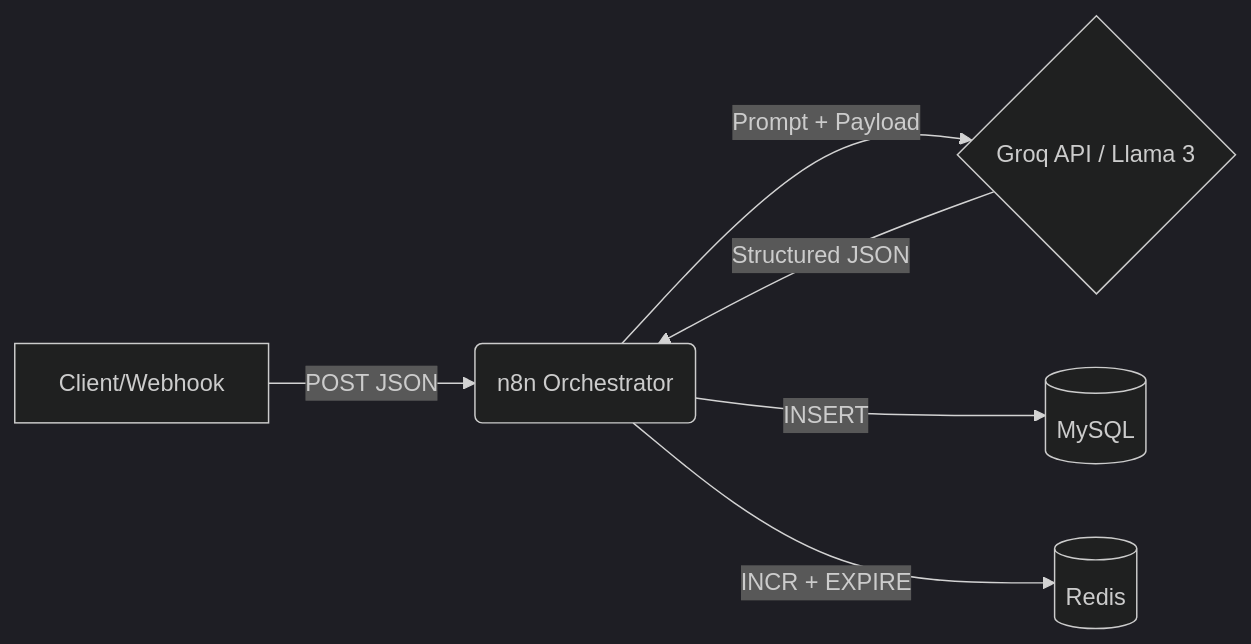
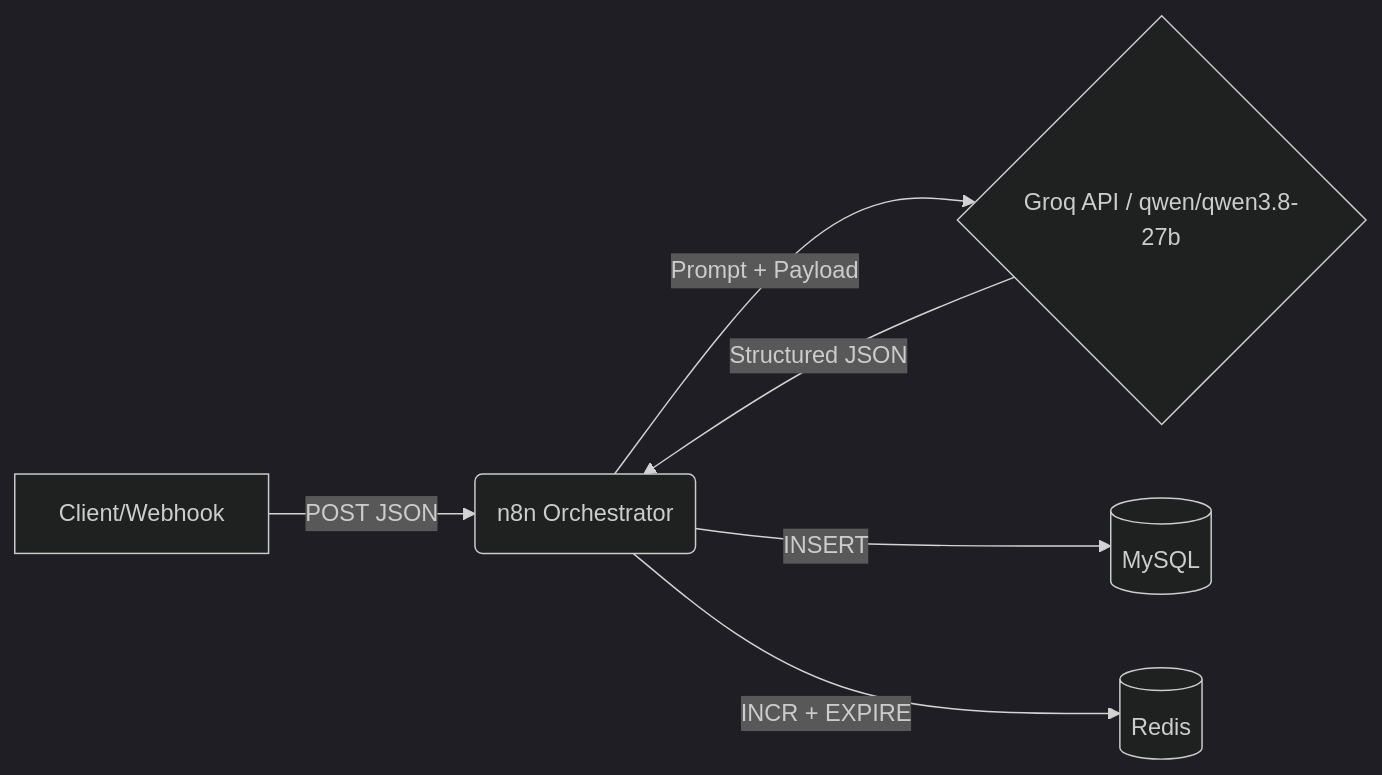
The diagram in README.md (veronezeyuri/ai-sentiment-pipeline), drawn with Mermaid (dark theme) before and after one commit.

Commit message:
corrigindo readme

````diff
--- a/README.md
+++ b/README.md
@@ -9,8 +9,8 @@
 ```mermaid
 graph LR
 A[Client/Webhook] -->|POST JSON| B(n8n Orchestrator)
-B -->|Prompt + Payload| C{Groq API / Llama 3}
+B -->|Prompt + Payload| C{Groq API / qwen/qwen3.8-27b}
 C -->|Structured JSON| B
 B -->|INSERT| D[(MySQL)]
 B -->|INCR + EXPIRE| E[(Redis)]
 ```
````
